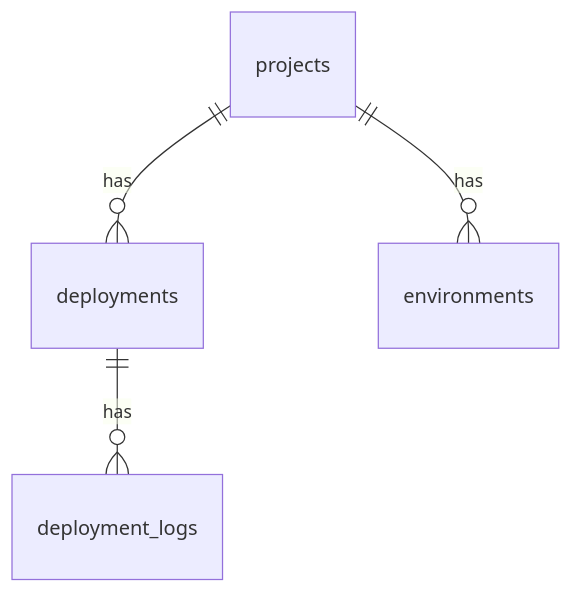
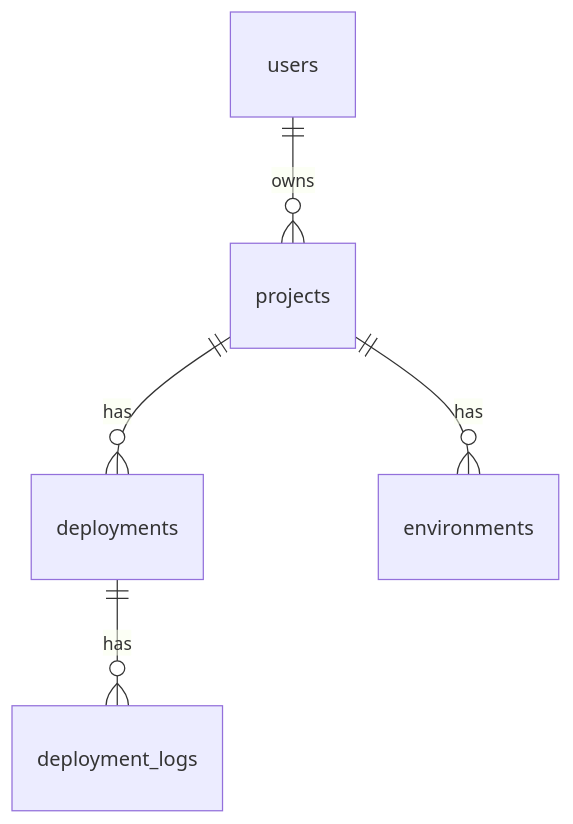
The third of 3 diagrams in docs/architecture.md (paul-pti/DeployKit), drawn with Mermaid before and after one commit. The commit also changed other lines of this file and 7 other files, not shown here.

````diff
--- a/docs/architecture.md
+++ b/docs/architecture.md
@@ -52,6 +55,7 @@
 ```mermaid
 erDiagram
+    users ||--o{ projects : owns
     projects ||--o{ deployments : has
     projects ||--o{ environments : has
     deployments ||--o{ deployment_logs : has
 ```
````
